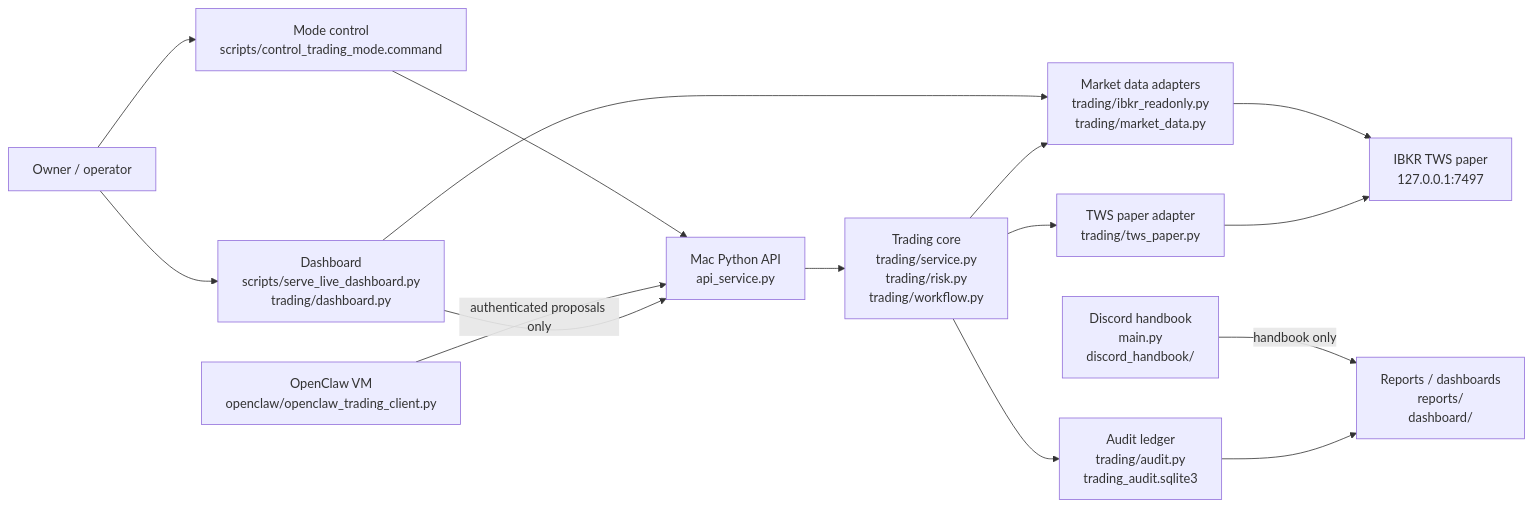
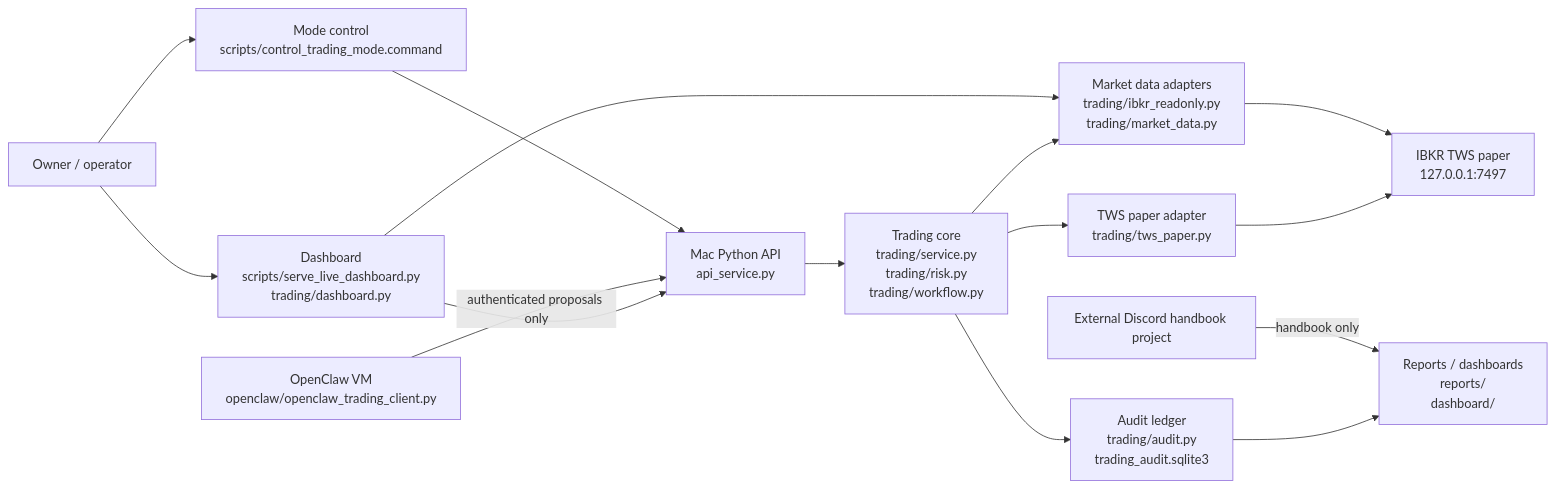
One commit to liuhaitian888-wq/openclaw-ibkr-paper-trading changed the first of 4 diagrams in docs/PROJECT_MAP.md. Above: the diagram before and after it, drawn with Mermaid. The commit also changed other lines of this file and 10 other files, not shown here.

````diff
--- a/docs/PROJECT_MAP.md
+++ b/docs/PROJECT_MAP.md
@@ -15,30 +15,30 @@
 ```mermaid
 flowchart LR
     USER["Owner / operator"]
     DASH["Dashboard\nscripts/serve_live_dashboard.py\ntrading/dashboard.py"]
     CTRL["Mode control\nscripts/control_trading_mode.command"]
     OC["OpenClaw VM\nopenclaw/openclaw_trading_client.py"]
-    DIS["Discord handbook\nmain.py\ndiscord_handbook/"]
+    DIS["External Discord handbook project"]
     API["Mac Python API\napi_service.py"]
     CORE["Trading core\ntrading/service.py\ntrading/risk.py\ntrading/workflow.py"]
     DATA["Market data adapters\ntrading/ibkr_readonly.py\ntrading/market_data.py"]
     EXEC["TWS paper adapter\ntrading/tws_paper.py"]
     AUDIT["Audit ledger\ntrading/audit.py\ntrading_audit.sqlite3"]
     TWS["IBKR TWS paper\n127.0.0.1:7497"]
     REPORTS["Reports / dashboards\nreports/\ndashboard/"]
 
     USER --> CTRL
     USER --> DASH
     CTRL --> API
     OC -->|"authenticated proposals only"| API
     DIS -->|"handbook only"| REPORTS
     DASH --> DATA
     DASH --> API
     API --> CORE
     CORE --> DATA
     CORE --> EXEC
     CORE --> AUDIT
     DATA --> TWS
     EXEC --> TWS
     AUDIT --> REPORTS
 ```
````
